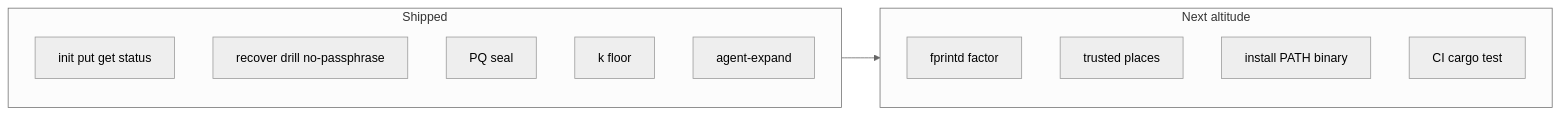
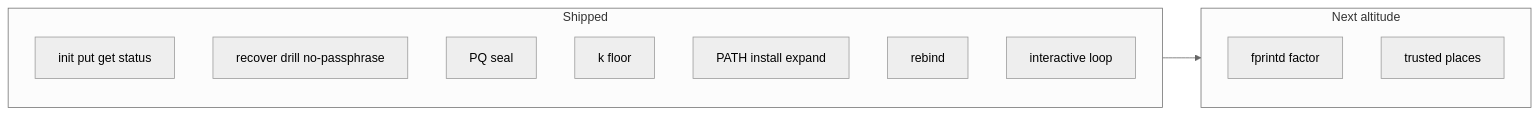
Before and after one commit to p10ns11y/arch-machine: the second of 7 diagrams in arch-design/keeper.md, drawn with Mermaid (neutral theme). The commit also changed other lines of this file and 14 other files, not shown here.

First line of the commit message:
feat(security): keeper PATH install, rebind, and secure interactive loop

````diff
--- a/arch-design/keeper.md
+++ b/arch-design/keeper.md
@@ -60,17 +62,17 @@
 ```mermaid
 flowchart LR
   subgraph shipped["Shipped"]
     S1[init put get status]
     S2[recover drill no-passphrase]
     S3[PQ seal]
     S4[k floor]
-    S5[agent-expand]
+    S5[PATH install expand]
+    S6[rebind]
+    S7[interactive loop]
   end
   subgraph open["Next altitude"]
     O1[fprintd factor]
     O2[trusted places]
-    O3[install PATH binary]
-    O4[CI cargo test]
   end
   shipped --> open
 ```
````
